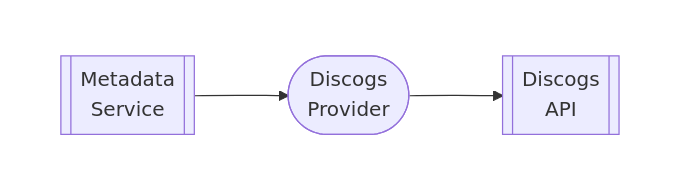
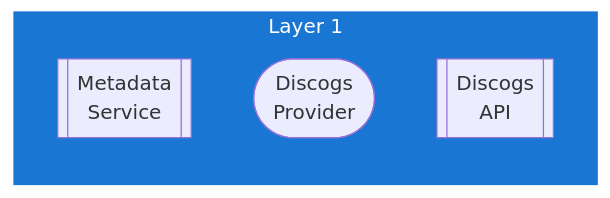
Before and after one commit to lusoris/revenge: the diagram in docs/dev/design/integrations/metadata/music/DISCOGS.md, drawn with Mermaid. The commit also changed 215 other files, not shown here.

First line of the commit message:
feat(diagrams): convert all ASCII diagrams to Mermaid with LR subgraphs

````diff
--- a/docs/dev/design/integrations/metadata/music/DISCOGS.md
+++ b/docs/dev/design/integrations/metadata/music/DISCOGS.md
@@ -60,14 +60,13 @@
 ```mermaid
-flowchart TD
-    subgraph row1[ ]
-        direction LR
+flowchart LR
+    subgraph Layer1["Layer 1"]
         node1[["Metadata<br/>Service"]]
         node2(["Discogs<br/>Provider"])
         node3[["Discogs<br/>API"]]
     end
-    node1 --> node2
-    node2 --> node3
 
-    %% Hide row subgraph borders
-    style row1 fill:transparent,stroke:transparent
+    %% Connections
+
+    %% Styling
+    style Layer1 fill:#1976D2,stroke:#1976D2,color:#fff
 ```
````
